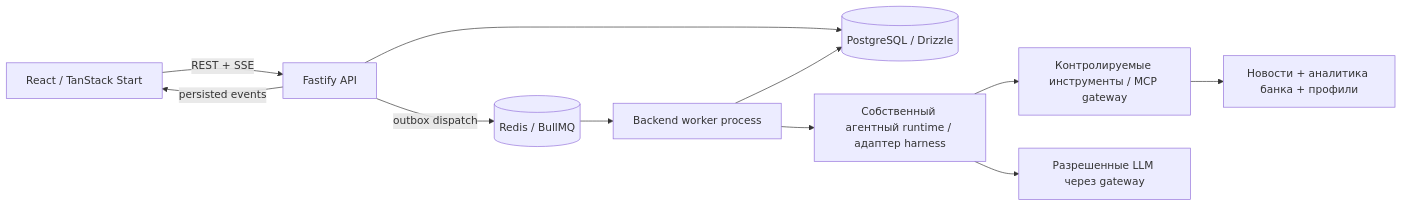
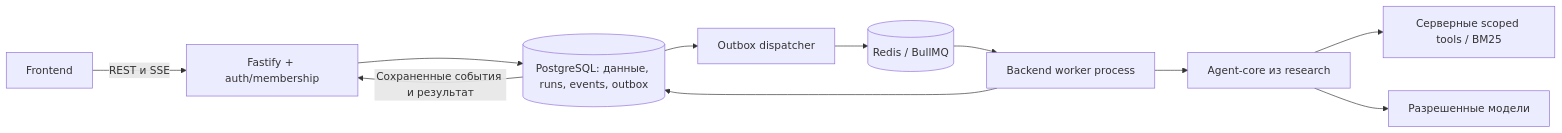
One commit to al5-alfa-hackaton/alfa-hack-2026 changed the second of 2 diagrams in specs/02-architecture.md. Above: the diagram before and after it, drawn with Mermaid. The commit also changed other lines of this file and 12 other files, not shown here.

Commit message:
docs(specs): define API contracts and research integration roadmap

````diff
--- a/specs/02-architecture.md
+++ b/specs/02-architecture.md
@@ -29,13 +30,13 @@
 ```mermaid
 flowchart LR
-    Browser[React / TanStack Start] -->|REST + SSE| API[Fastify API]
-    API --> PG[(PostgreSQL / Drizzle)]
-    API -->|outbox dispatch| Queue[(Redis / BullMQ)]
-    Queue --> Worker[Backend worker process]
-    Worker --> Runtime[Собственный агентный runtime / адаптер harness]
-    Runtime --> Tools[Контролируемые инструменты / MCP gateway]
-    Tools --> Corpus[Новости + аналитика банка + профили]
-    Runtime --> Models[Разрешенные LLM через gateway]
-    Worker --> PG
-    API -->|persisted events| Browser
+    UI[Frontend] -->|REST и SSE| API[Fastify + auth/membership]
+    API --> DB[(PostgreSQL: данные, runs, events, outbox)]
+    DB --> Dispatcher[Outbox dispatcher]
+    Dispatcher --> Q[(Redis / BullMQ)]
+    Q --> W[Backend worker process]
+    W --> Core[Agent-core из research]
+    Core --> Tools[Серверные scoped tools / BM25]
+    Core --> LLM[Разрешенные модели]
+    W --> DB
+    DB -->|Сохраненные события и результат| API
 ```
````
